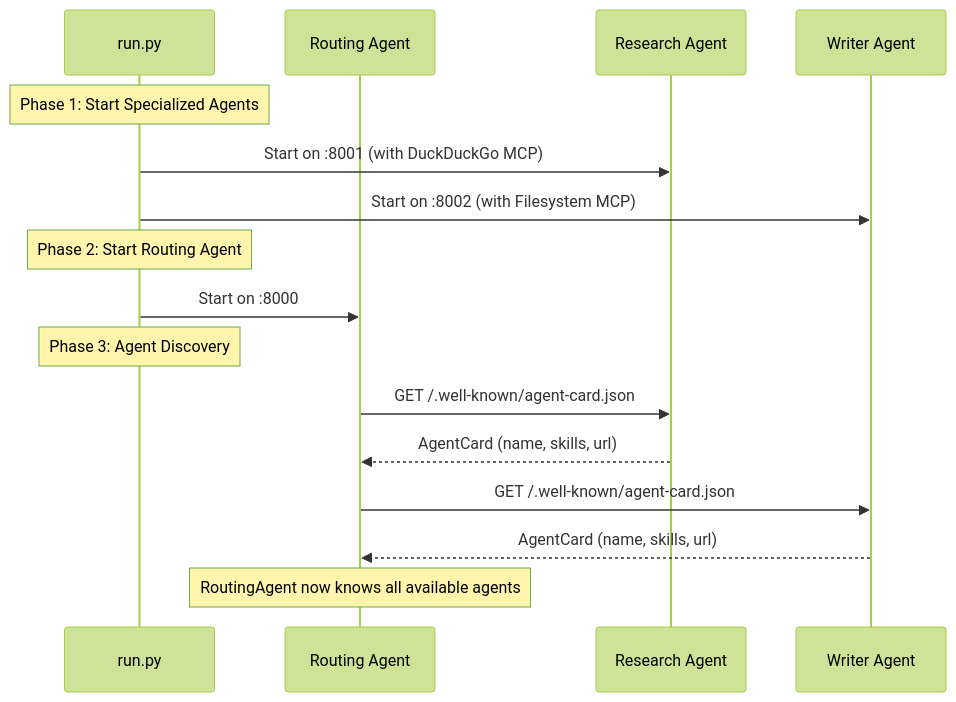
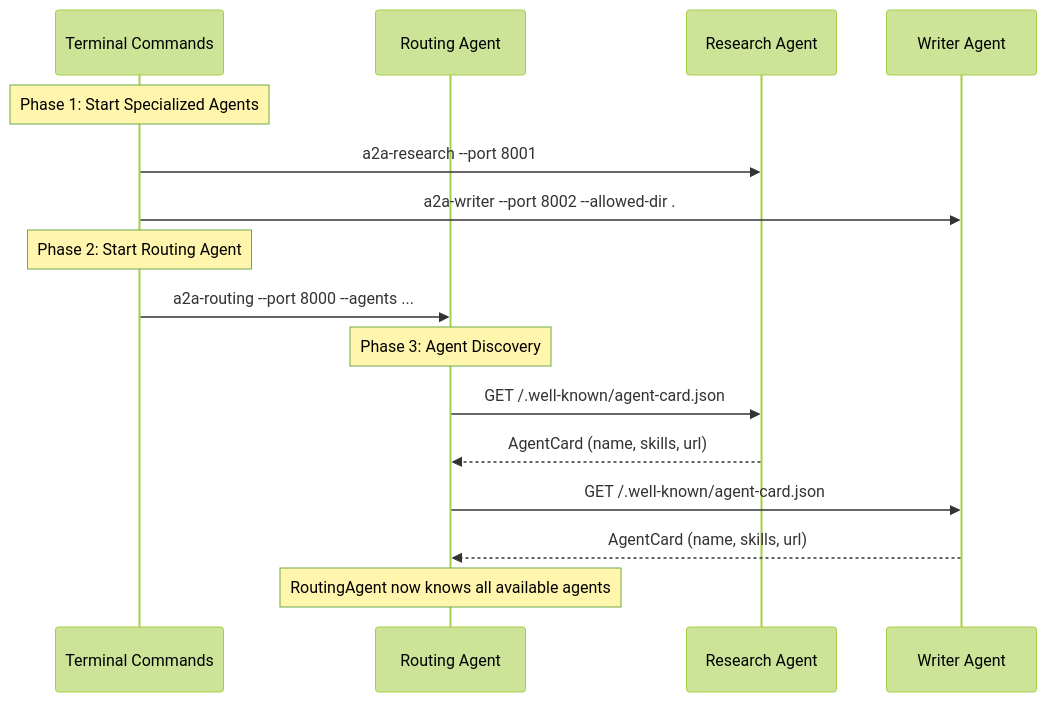
Before and after one commit to vidya-hub/a2a-orchestrator: the second of 4 diagrams in README.md, drawn with Mermaid (forest theme). The commit also changed other lines of this file and 11 other files, not shown here.

````diff
--- a/README.md
+++ b/README.md
@@ -327,22 +410,22 @@
 ```mermaid
 sequenceDiagram
-    participant Main as run.py
+    participant CLI as Terminal Commands
     participant RA as Routing Agent
     participant ResA as Research Agent
     participant WA as Writer Agent
 
-    Note over Main: Phase 1: Start Specialized Agents
-    Main->>ResA: Start on :8001 (with DuckDuckGo MCP)
-    Main->>WA: Start on :8002 (with Filesystem MCP)
+    Note over CLI: Phase 1: Start Specialized Agents
+    CLI->>ResA: a2a-research --port 8001
+    CLI->>WA: a2a-writer --port 8002 --allowed-dir .
 
-    Note over Main: Phase 2: Start Routing Agent
-    Main->>RA: Start on :8000
+    Note over CLI: Phase 2: Start Routing Agent
+    CLI->>RA: a2a-routing --port 8000 --agents ...
 
-    Note over Main: Phase 3: Agent Discovery
+    Note over RA: Phase 3: Agent Discovery
     RA->>ResA: GET /.well-known/agent-card.json
     ResA-->>RA: AgentCard (name, skills, url)
     RA->>WA: GET /.well-known/agent-card.json
     WA-->>RA: AgentCard (name, skills, url)
 
     Note over RA: RoutingAgent now knows all available agents
 ```
````
